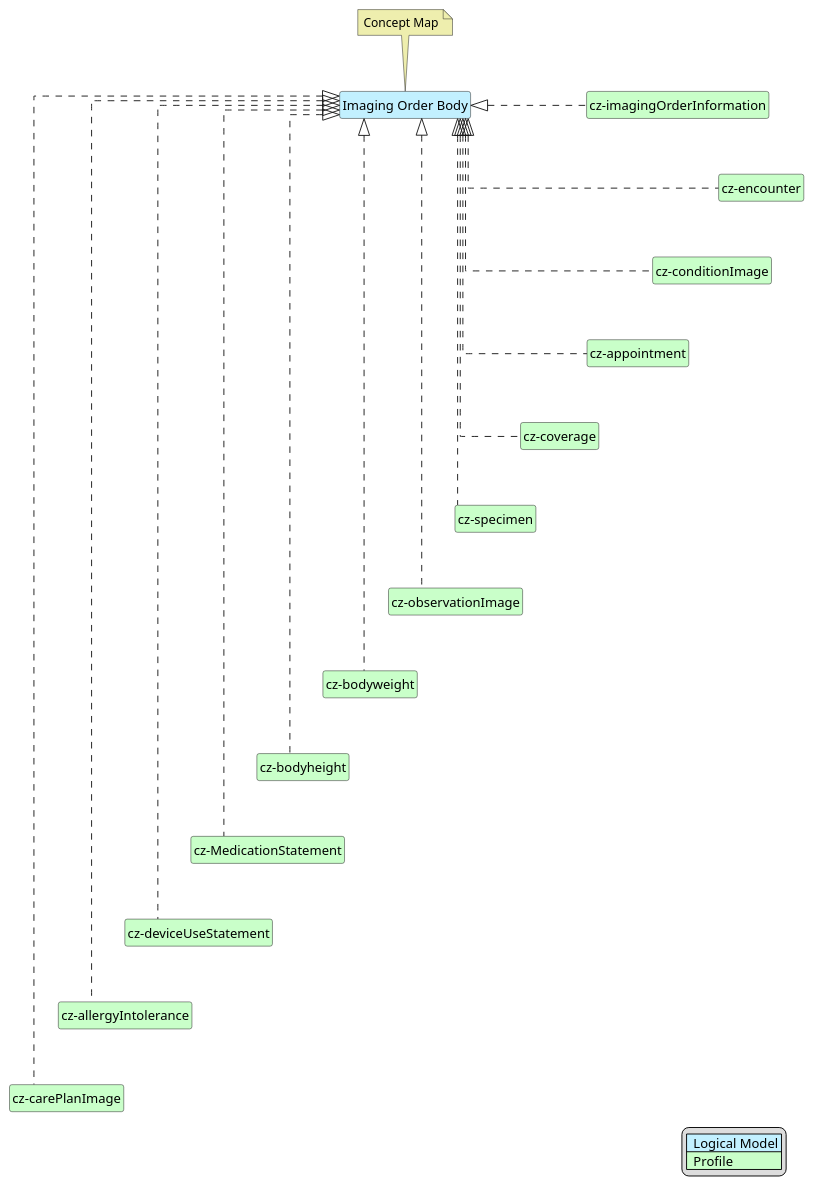
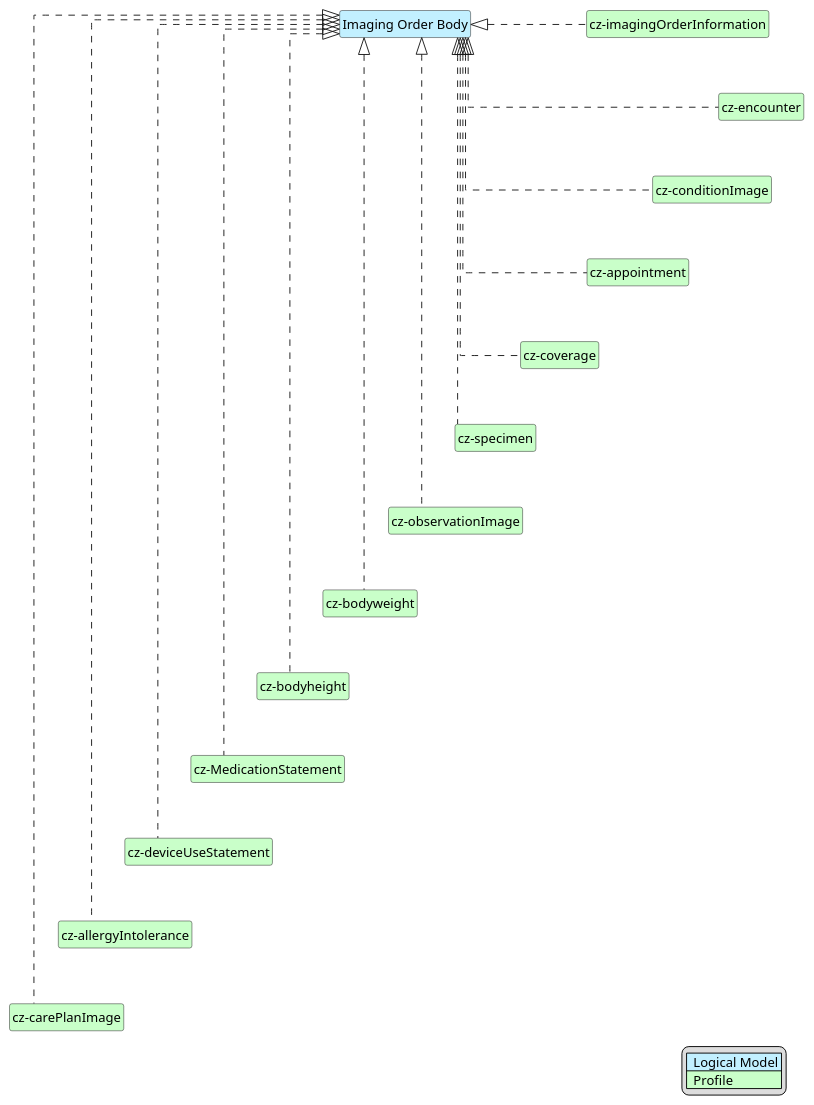
The diagram in input/images-source/imgOrderBody-map.plantuml (HL7-cz/img-order), drawn with PlantUML before and after one commit. The commit also changed 16 other files, not shown here.

```diff
--- a/input/images-source/imgOrderBody-map.plantuml
+++ b/input/images-source/imgOrderBody-map.plantuml
@@ -1,61 +1,58 @@
 @startuml
 hide circle
 hide stereotype
 hide members
 hide methods
 skinparam linetype ortho
 skinparam class {
 BackgroundColor<<LogicalModel>> #APPLICATION
 BackgroundColor<<Profile>> #TECHNOLOGY
 }
 legend right
 | <#APPLICATION>  Logical Model |
 | <#TECHNOLOGY>  Profile |
 endlegend
 class "Imaging Order Body" <<LogicalModel>> [[StructureDefinition-BodyImageOrderCz.html]]
-note top #EEEEAE [[ConceptMap-BodyImagingOrder2FHIR-cz.html]]
-Concept Map
-endnote
 
 class "cz-imagingOrderInformation" <<Profile>> [[StructureDefinition-cz-imagingOrderInformation.html]]
 class "cz-conditionImage" <<Profile>> [[StructureDefinition-cz-conditionImage.html]]
 class "cz-encounter" <<Profile>> [[https://build.fhir.org/ig/HL7-cz/cz-core/StructureDefinition-cz-encounter.html]]
 class "cz-coverage" <<Profile>> [[https://build.fhir.org/ig/HL7-cz/cz-core/StructureDefinition-cz-coverage.html]]
 class "cz-appointment" <<Profile>> [[StructureDefinition-cz-appointment.html]]
 class "cz-specimen" <<Profile>> [[https://build.fhir.org/ig/HL7-cz/cz-core/StructureDefinition-cz-specimen.html]]
 class "cz-observationImage" <<Profile>> [[StructureDefinition-cz-observationImage.html]]
 class "cz-bodyweight" <<Profile>> [[StructureDefinition-cz-bodyweight.html]]
 class "cz-bodyheight" <<Profile>> [[StructureDefinition-cz-bodyheight.html]]
 class "cz-MedicationStatement" <<Profile>> [[https://build.fhir.org/ig/HL7-cz/cz-core/StructureDefinition-cz-MedicationStatement.html]]
 class "cz-deviceUseStatement" <<Profile>> [[StructureDefinition-cz-deviceUseStatement.html]]
 class "cz-allergyIntolerance" <<Profile>> [[https://build.fhir.org/ig/HL7-cz/cz-core/StructureDefinition-cz-allergyIntolerance.html]]
 class "cz-carePlanImage" <<Profile>> [[StructureDefinition-cz-carePlanImage.html]]
 
 "Imaging Order Body" <|. "cz-imagingOrderInformation"
 "Imaging Order Body" <|. "cz-appointment"
 "Imaging Order Body" <|. "cz-coverage"
 "Imaging Order Body" <|. "cz-conditionImage"
 "Imaging Order Body" <|. "cz-encounter"
 "Imaging Order Body" <|. "cz-specimen"
 "Imaging Order Body" <|. "cz-observationImage"
 "Imaging Order Body" <|. "cz-bodyweight"
 "Imaging Order Body" <|. "cz-bodyheight"
 "Imaging Order Body" <|. "cz-MedicationStatement"
 "Imaging Order Body" <|. "cz-deviceUseStatement"
 "Imaging Order Body" <|. "cz-allergyIntolerance"
 "Imaging Order Body" <|. "cz-carePlanImage"
 
 "cz-imagingOrderInformation" -d[hidden]-> "cz-encounter"
 "cz-encounter" -d[hidden]-> "cz-conditionImage"
 "cz-conditionImage" -d[hidden]-> "cz-appointment"
 "cz-appointment" -d[hidden]-> "cz-coverage"
 "cz-coverage" -d[hidden]-> "cz-specimen"
 "cz-specimen" -d[hidden]-> "cz-observationImage"
 "cz-observationImage" -d[hidden]-> "cz-bodyweight"
 "cz-bodyweight" -d[hidden]-> "cz-bodyheight"
 "cz-bodyheight" -d[hidden]-> "cz-MedicationStatement"
 "cz-MedicationStatement" -d[hidden]-> "cz-deviceUseStatement"
 "cz-deviceUseStatement" -d[hidden]-> "cz-allergyIntolerance"
 "cz-allergyIntolerance" -d[hidden]-> "cz-carePlanImage"
 
 @enduml
```
